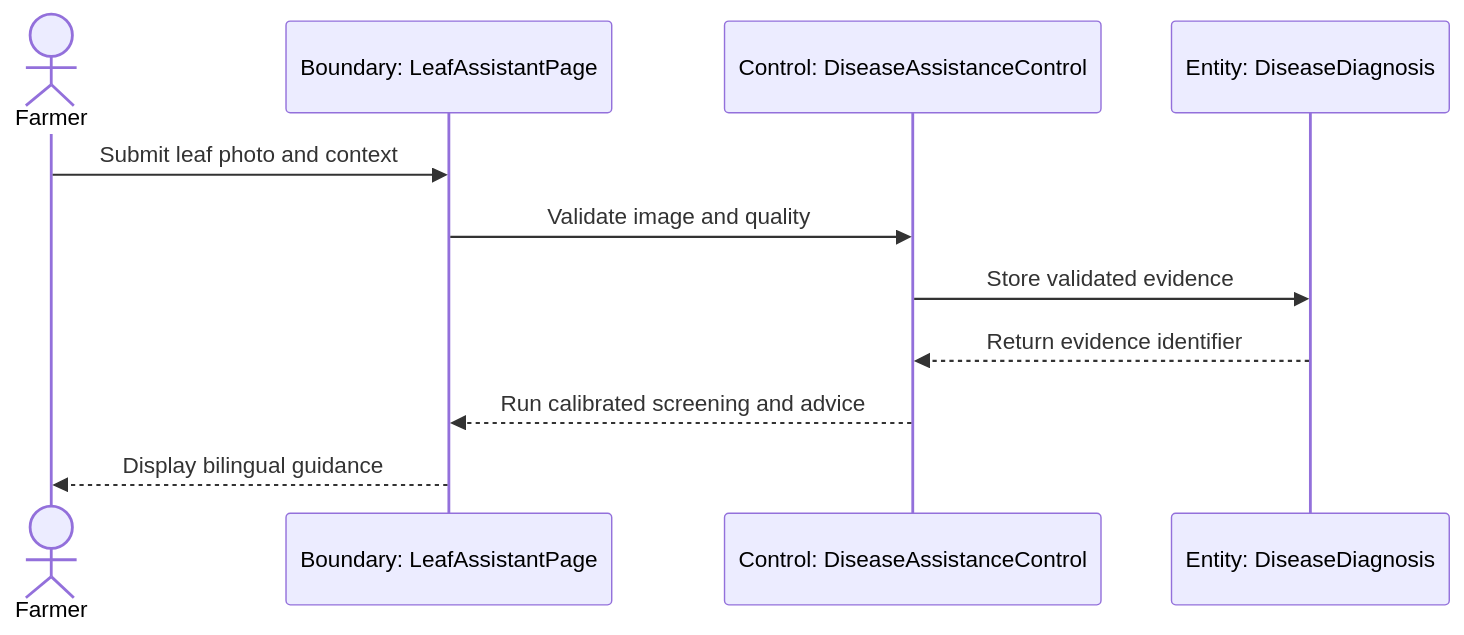
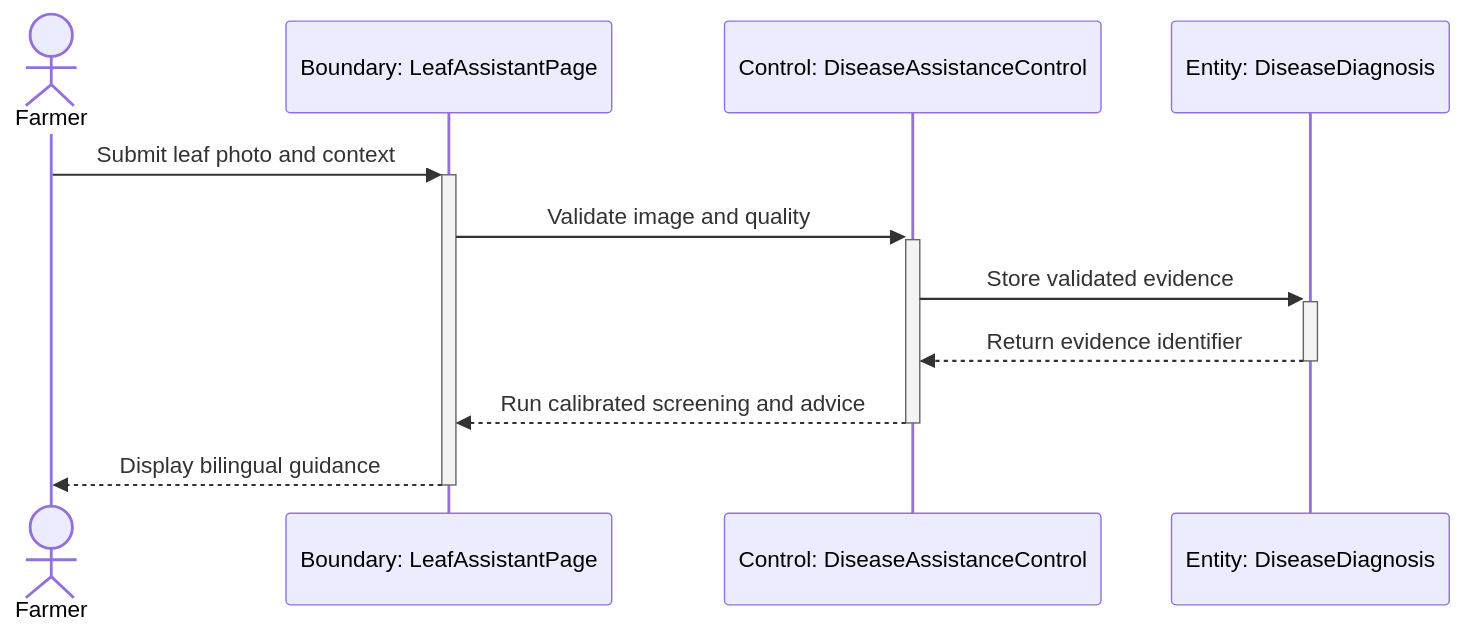
Before and after one commit to zhabgjialu2003-sudo/Counting-Maize-Tassels-in-the-Wild-via-Deep-Neural-Network: the diagram in docs/design/uml/story-extensions/a-9/sequence.mmd, drawn with Mermaid. The commit also changed 32 other files, not shown here.

First line of the commit message:
docs(diagrams): add sequence activation bars

```diff
--- a/docs/design/uml/story-extensions/a-9/sequence.mmd
+++ b/docs/design/uml/story-extensions/a-9/sequence.mmd
@@ -1,11 +1,11 @@
 sequenceDiagram
 actor Farmer as Farmer
 participant LeafAssistantPage as Boundary: LeafAssistantPage
 participant DiseaseAssistanceControl as Control: DiseaseAssistanceControl
 participant DiseaseDiagnosis as Entity: DiseaseDiagnosis
-Farmer->>LeafAssistantPage: Submit leaf photo and context
-LeafAssistantPage->>DiseaseAssistanceControl: Validate image and quality
-DiseaseAssistanceControl->>DiseaseDiagnosis: Store validated evidence
-DiseaseDiagnosis-->>DiseaseAssistanceControl: Return evidence identifier
-DiseaseAssistanceControl-->>LeafAssistantPage: Run calibrated screening and advice
-LeafAssistantPage-->>Farmer: Display bilingual guidance
+Farmer->>+LeafAssistantPage: Submit leaf photo and context
+LeafAssistantPage->>+DiseaseAssistanceControl: Validate image and quality
+DiseaseAssistanceControl->>+DiseaseDiagnosis: Store validated evidence
+DiseaseDiagnosis-->>-DiseaseAssistanceControl: Return evidence identifier
+DiseaseAssistanceControl-->>-LeafAssistantPage: Run calibrated screening and advice
+LeafAssistantPage-->>-Farmer: Display bilingual guidance
```
